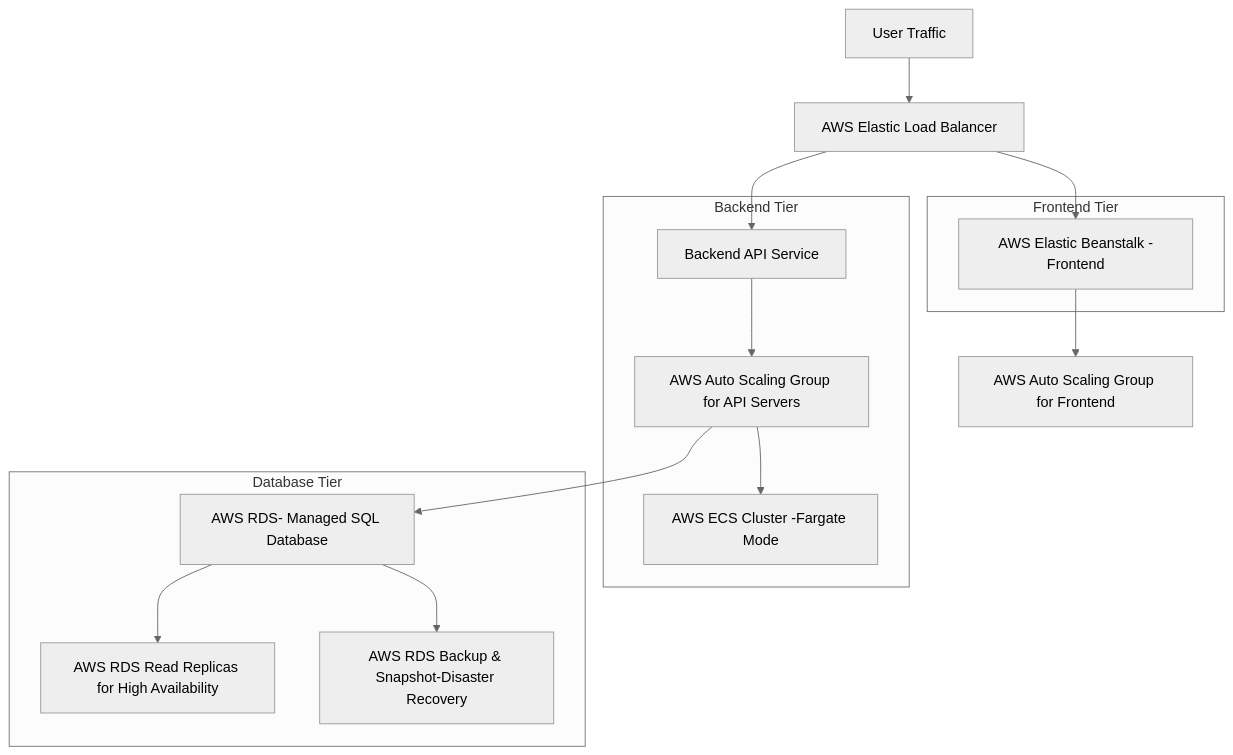
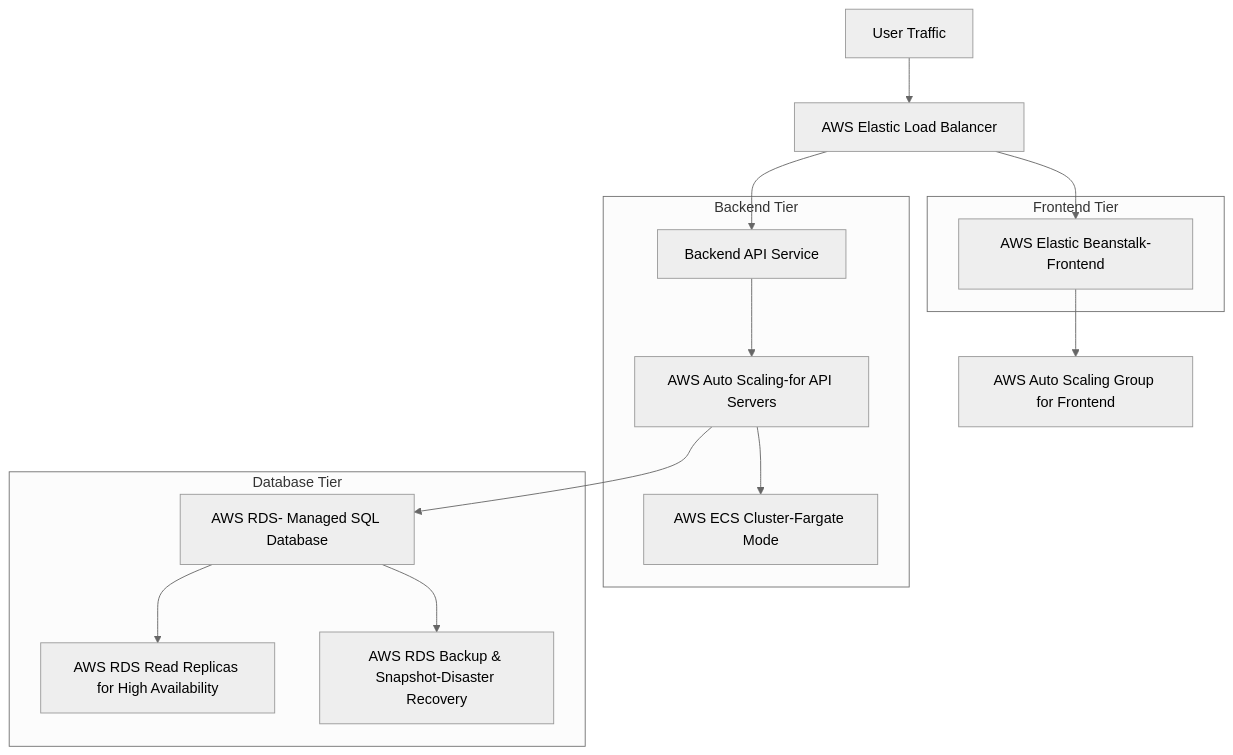
One commit to Klamichhane738/CST8913_010-Cloud-Migration_Lab changed the second of 2 diagrams in Lab5/lab5.md. Above: the diagram before and after it, drawn with Mermaid (neutral theme).

````diff
--- a/Lab5/lab5.md
+++ b/Lab5/lab5.md
@@ -18,30 +18,30 @@
 ```mermaid 
 graph TD;
     A[User Traffic] --> B[AWS Elastic Load Balancer]
-    B --> C[AWS Elastic Beanstalk -Frontend]
+    B --> C[AWS Elastic Beanstalk-Frontend]
     C --> D[AWS Auto Scaling Group for Frontend]
     
     B --> E[Backend API Service]
-    E --> F[AWS Auto Scaling Group for API Servers]
-    F --> G[AWS ECS Cluster -Fargate Mode]
+    E --> F[AWS Auto Scaling-for API Servers]
+    F --> G[AWS ECS Cluster-Fargate Mode]
     
     F --> H[AWS RDS- Managed SQL Database]
     H --> H2[AWS RDS Read Replicas for High Availability]
     H --> I[AWS RDS Backup & Snapshot-Disaster Recovery]
 
     subgraph Frontend Tier
         C
     end
     
     subgraph Backend Tier
         E
         F
         G
     end
     
     subgraph Database Tier
         H
         H2
         I
     end
 ```
````
